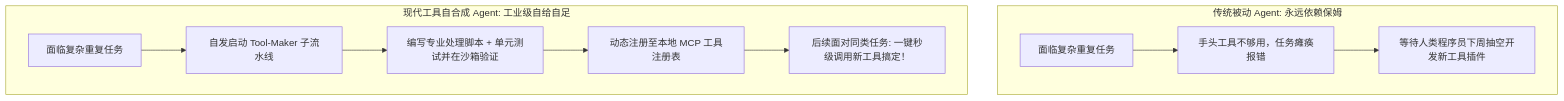
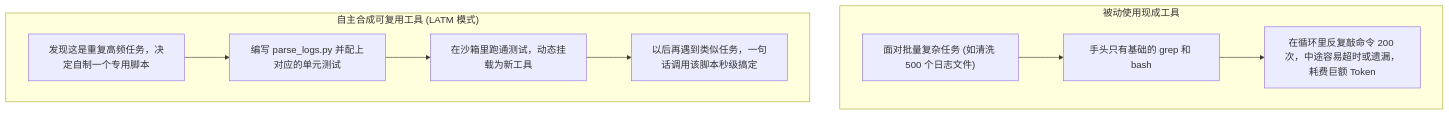
One commit to ljh12138164/ai-agent-study changed the first of 2 diagrams in app/ch09-evolution/03-tool-self-synthesis/page.mdx. Above: the diagram before and after it, drawn with Mermaid. The commit also changed other lines of this file and 43 other files, not shown here.

````diff
--- a/app/ch09-evolution/03-tool-self-synthesis/page.mdx
+++ b/app/ch09-evolution/03-tool-self-synthesis/page.mdx
@@ -18,14 +13,17 @@
 ```mermaid
-graph TD
-    subgraph Traditional["传统被动 Agent: 永远依赖保姆"]
-        A1["面临复杂重复任务"] --> A2["手头工具不够用，任务瘫痪报错"]
-        A2 --> A3["等待人类程序员下周抽空开发新工具插件"]
+flowchart TD
+    subgraph Passive["被动使用现成工具"]
+        P1["面对批量复杂任务 (如清洗 500 个日志文件)"]
+        P2["手头只有基础的 grep 和 bash"]
+        P3["在循环里反复敲命令 200 次，中途容易超时或遗漏，耗费巨额 Token"]
+        P1 --> P2 --> P3
     end
     
-    subgraph ToolMaker["现代工具自合成 Agent: 工业级自给自足"]
-        B1["面临复杂重复任务"] --> B2["自发启动 Tool-Maker 子流水线"]
-        B2 --> B3["编写专业处理脚本 + 单元测试并在沙箱验证"]
-        B3 --> B4["动态注册至本地 MCP 工具注册表"]
-        B4 --> B5["后续面对同类任务: 一键秒级调用新工具搞定！"]
+    subgraph Active["自主合成可复用工具 (LATM 模式)"]
+        A1["发现这是重复高频任务，决定自制一个专用脚本"]
+        A2["编写 parse_logs.py 并配上对应的单元测试"]
+        A3["在沙箱里跑通测试，动态挂载为新工具"]
+        A4["以后再遇到类似任务，一句话调用该脚本秒级搞定"]
+        A1 --> A2 --> A3 --> A4
     end
 ```
````
